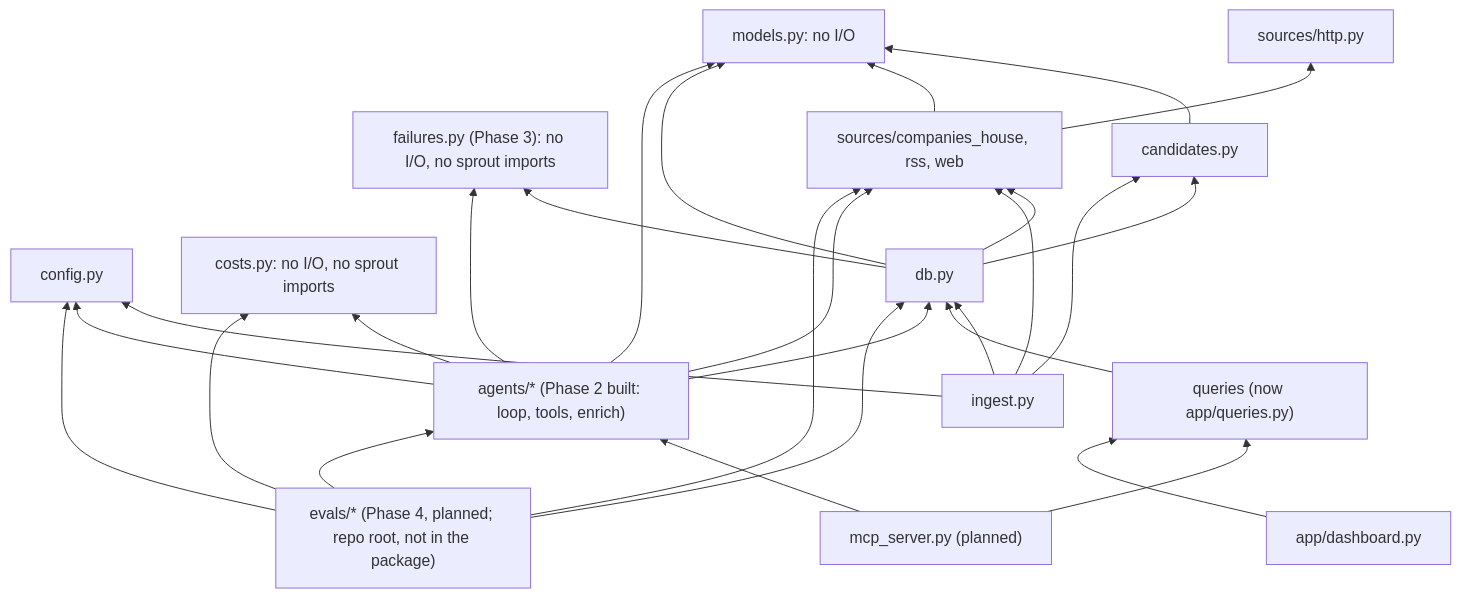
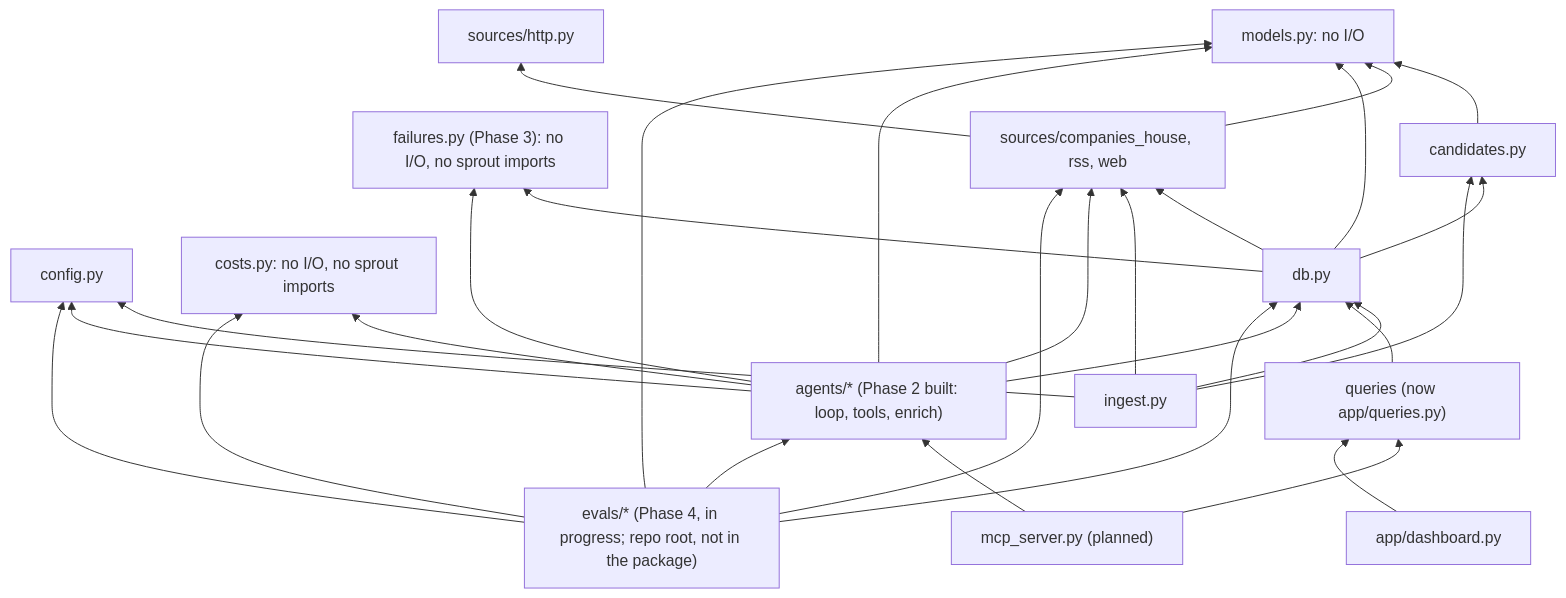
The first of 2 diagrams in docs/architecture/1. overview.md (Farzaanee/sprout), drawn with Mermaid before and after one commit. The commit also changed other lines of this file and 11 other files, not shown here.

Commit message:
update architecture docs for phase 4 - Evals & guardrails

````diff
--- a/docs/architecture/1. overview.md
+++ b/docs/architecture/1. overview.md
@@ -23,43 +23,44 @@
 ```mermaid
 flowchart BT
     models["models.py: no I/O"]
     config["config.py"]
     costs["costs.py: no I/O, no sprout imports"]
     failures["failures.py (Phase 3): no I/O, no sprout imports"]
     candidates["candidates.py"]
     http["sources/http.py"]
     sources["sources/companies_house, rss, web"]
     db["db.py"]
     ingest["ingest.py"]
     queries["queries (now app/queries.py)"]
     agents["agents/* (Phase 2 built: loop, tools, enrich)"]
     mcp["mcp_server.py (planned)"]
     dash["app/dashboard.py"]
-    evals["evals/* (Phase 4, planned; repo root, not in the package)"]
+    evals["evals/* (Phase 4, in progress; repo root, not in the package)"]
     candidates --> models
     sources --> http
     sources --> models
     db --> models
     db --> candidates
     db --> sources
     db --> failures
     ingest --> db
     ingest --> sources
     ingest --> candidates
     ingest --> config
     queries --> db
     agents --> db
     agents --> sources
     agents --> models
     agents --> config
     agents --> costs
     agents --> failures
     mcp --> queries
     mcp --> agents
     dash --> queries
     evals --> agents
+    evals --> models
     evals --> db
     evals --> sources
     evals --> costs
     evals --> config
 ```
````
